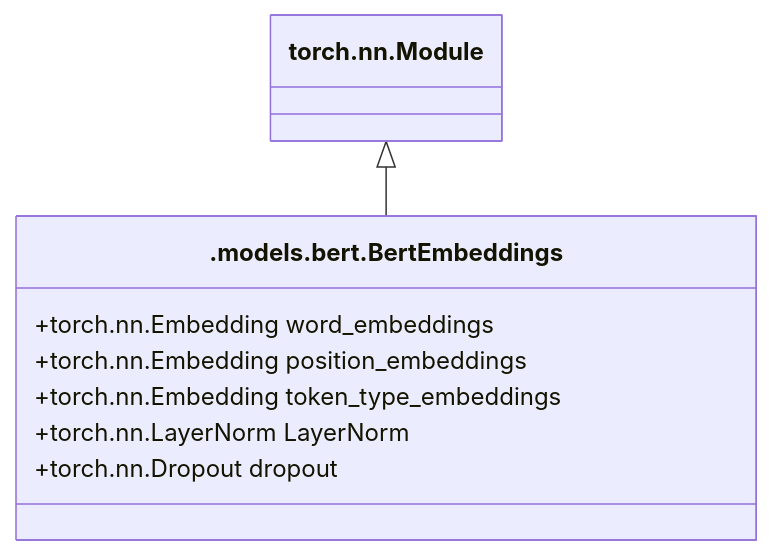
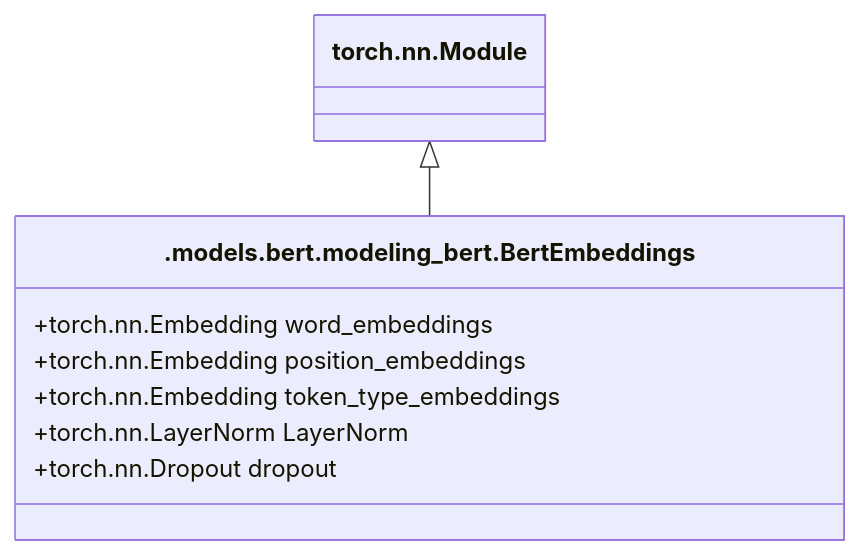
One commit to coba-yu/transformers-from-pytorch changed the second of 11 diagrams in BERT.md. Above: the diagram before and after it, drawn with Mermaid. The commit also changed other lines of this file, not shown here.

First line of the commit message:
Update BERT.md

````diff
--- a/BERT.md
+++ b/BERT.md
@@ -178,13 +180,13 @@
 ```mermaid
 classDiagram
   class Module["torch.nn.Module"]
-  class BertEmbeddings[".models.bert.BertEmbeddings"] {
+  class BertEmbeddings[".models.bert.modeling_bert.BertEmbeddings"] {
     +torch.nn.Embedding word_embeddings
     +torch.nn.Embedding position_embeddings
     +torch.nn.Embedding token_type_embeddings
     +torch.nn.LayerNorm LayerNorm
     +torch.nn.Dropout dropout
   }
 
   Module <|-- BertEmbeddings
 ```
````
